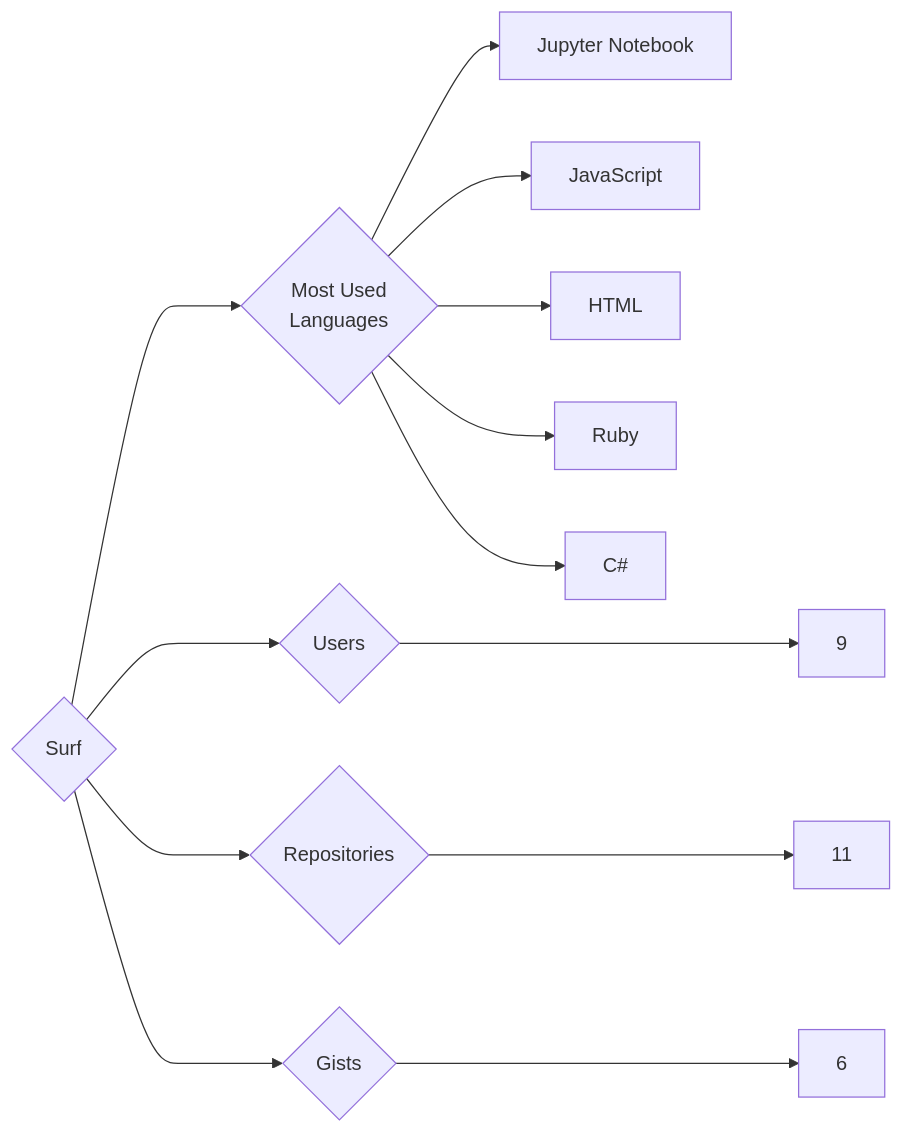
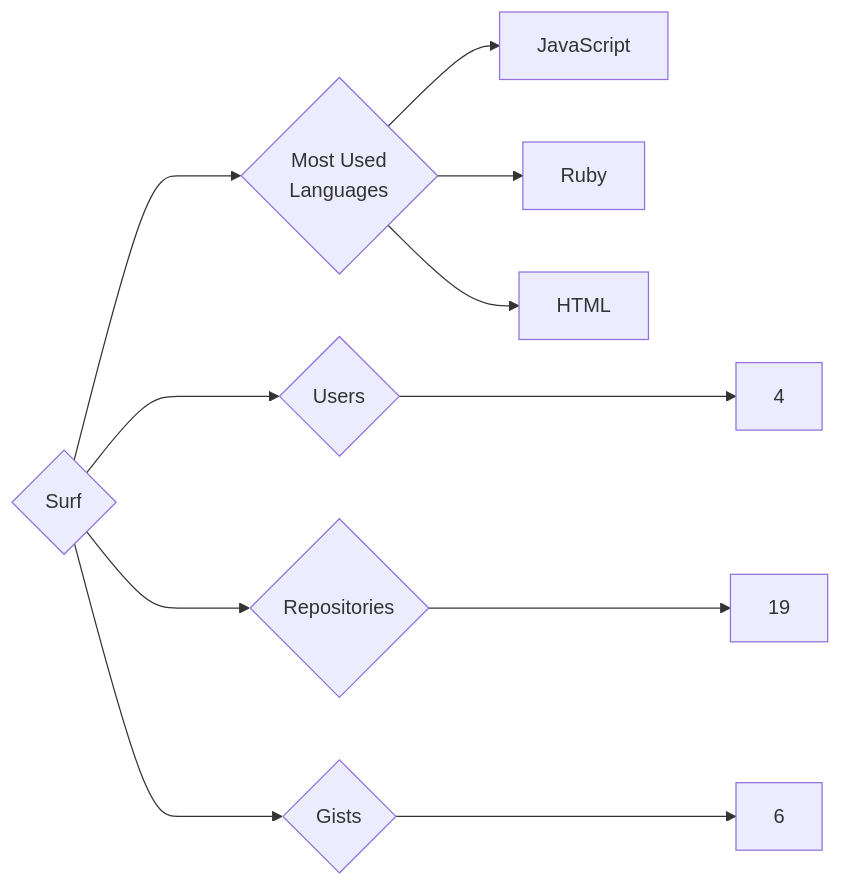
One commit to trickest/insiders changed the diagram in targets/Surf/README.md. Above: the diagram before and after it, drawn with Mermaid. The commit also changed 969 other files, not shown here.

````diff
--- a/targets/Surf/README.md
+++ b/targets/Surf/README.md
@@ -3,13 +3,11 @@
 ```mermaid
 graph LR
 COMPANY_NAME{Surf}
-COMPANY_NAME ---> U{Users} ---> UN[9]
-COMPANY_NAME ---> R{Repositories} ---> RN[11]
+COMPANY_NAME ---> U{Users} ---> UN[4]
+COMPANY_NAME ---> R{Repositories} ---> RN[19]
 COMPANY_NAME ---> G{Gists} ---> GN[6]
 COMPANY_NAME ---> ML{Most Used<br>Languages}
-ML --> Jupyter_Notebook[Jupyter Notebook]
 ML --> JavaScript[JavaScript]
+ML --> Ruby[Ruby]
 ML --> HTML[HTML]
-ML --> Ruby[Ruby]
-ML --> C#[C#]
 ```
````
